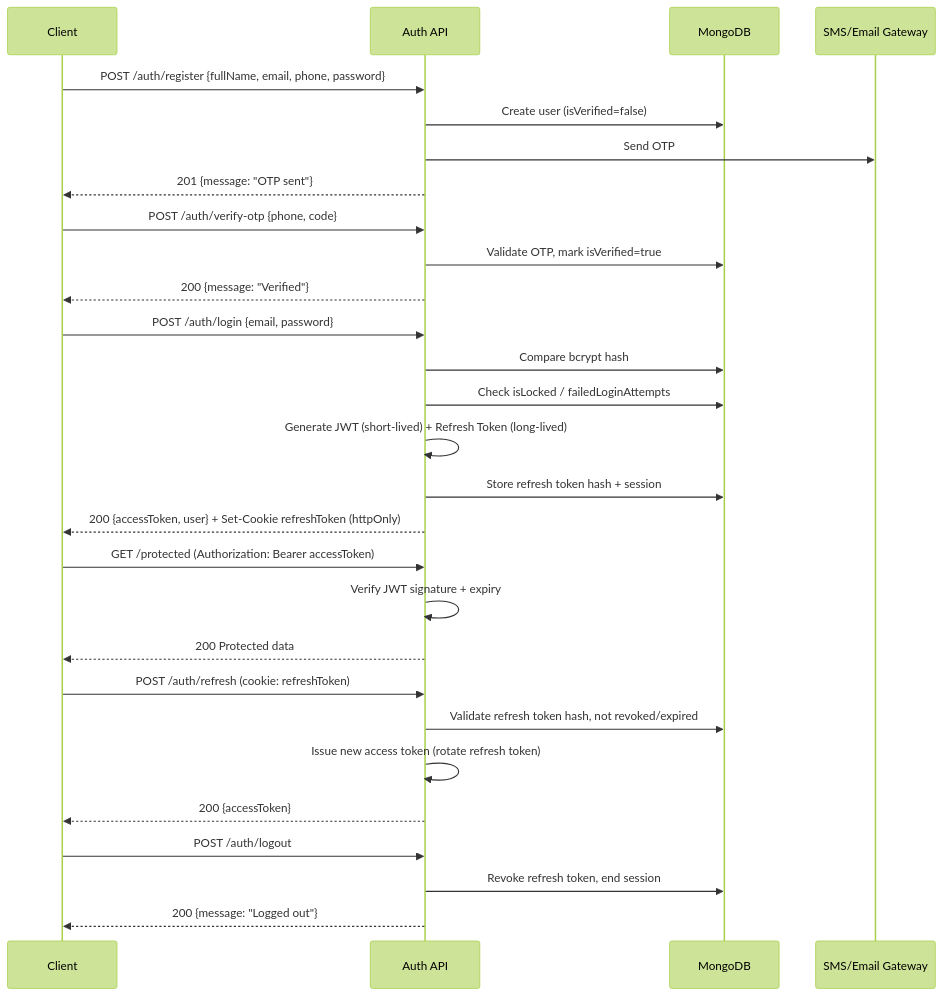
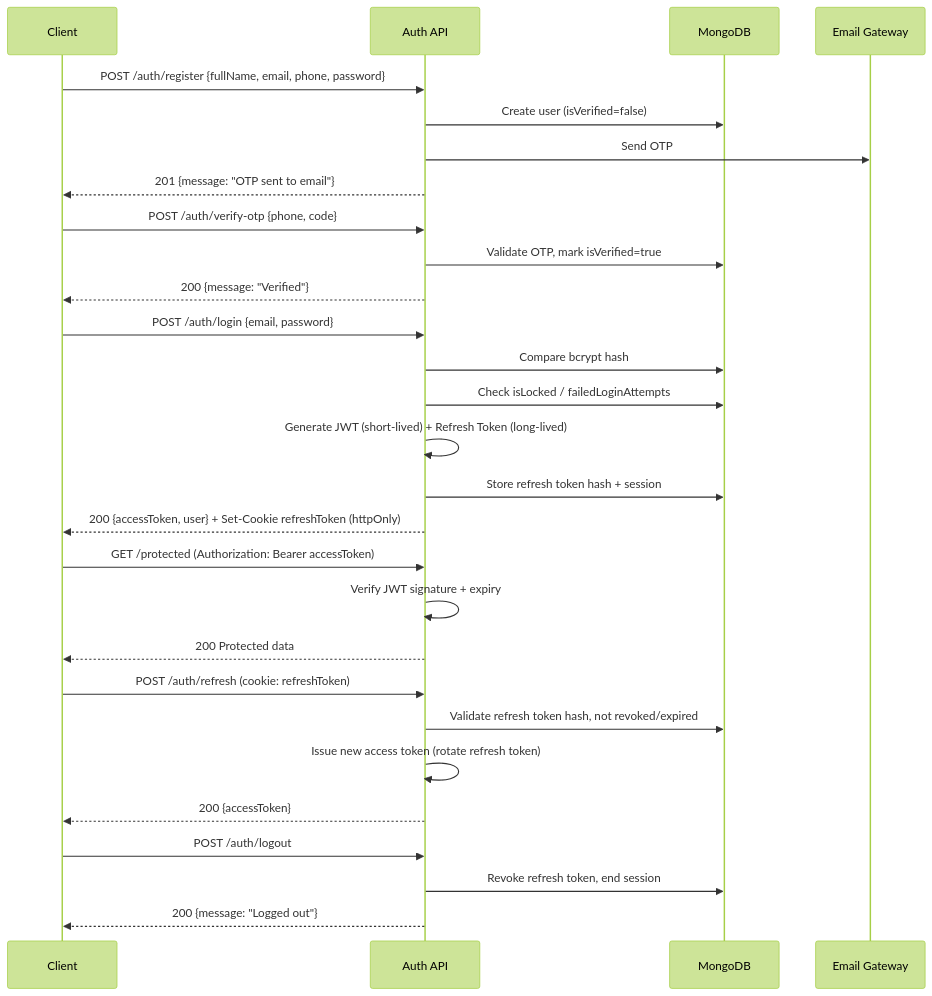
One commit to aliazgorLab/ProtocolZero changed the fourth of 7 diagrams in system_architecture.md. Above: the diagram before and after it, drawn with Mermaid (forest theme). The commit also changed other lines of this file and 13 other files, not shown here.

````diff
--- a/system_architecture.md
+++ b/system_architecture.md
@@ -596,36 +597,36 @@
 ```mermaid
 sequenceDiagram
     participant C as Client
     participant API as Auth API
     participant DB as MongoDB
-    participant SMS as SMS/Email Gateway
+    participant EMAIL as Email Gateway
 
     C->>API: POST /auth/register {fullName, email, phone, password}
     API->>DB: Create user (isVerified=false)
-    API->>SMS: Send OTP
-    API-->>C: 201 {message: "OTP sent"}
+    API->>EMAIL: Send OTP
+    API-->>C: 201 {message: "OTP sent to email"}
 
     C->>API: POST /auth/verify-otp {phone, code}
     API->>DB: Validate OTP, mark isVerified=true
     API-->>C: 200 {message: "Verified"}
 
     C->>API: POST /auth/login {email, password}
     API->>DB: Compare bcrypt hash
     API->>DB: Check isLocked / failedLoginAttempts
     API->>API: Generate JWT (short-lived) + Refresh Token (long-lived)
     API->>DB: Store refresh token hash + session
     API-->>C: 200 {accessToken, user} + Set-Cookie refreshToken (httpOnly)
 
     C->>API: GET /protected (Authorization: Bearer accessToken)
     API->>API: Verify JWT signature + expiry
     API-->>C: 200 Protected data
 
     C->>API: POST /auth/refresh (cookie: refreshToken)
     API->>DB: Validate refresh token hash, not revoked/expired
     API->>API: Issue new access token (rotate refresh token)
     API-->>C: 200 {accessToken}
 
     C->>API: POST /auth/logout
     API->>DB: Revoke refresh token, end session
     API-->>C: 200 {message: "Logged out"}
 ```
````
